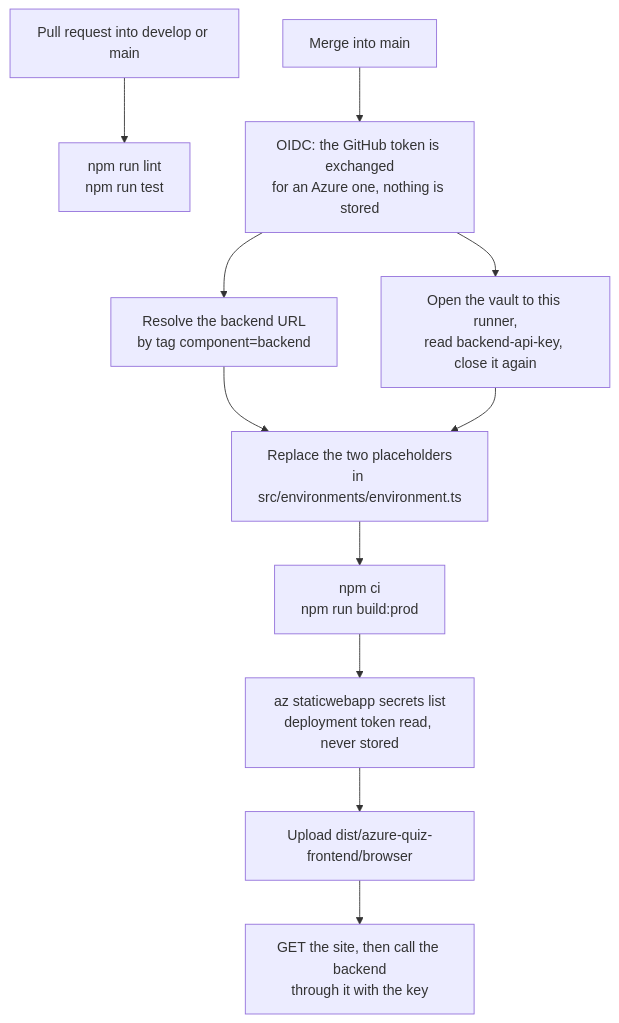
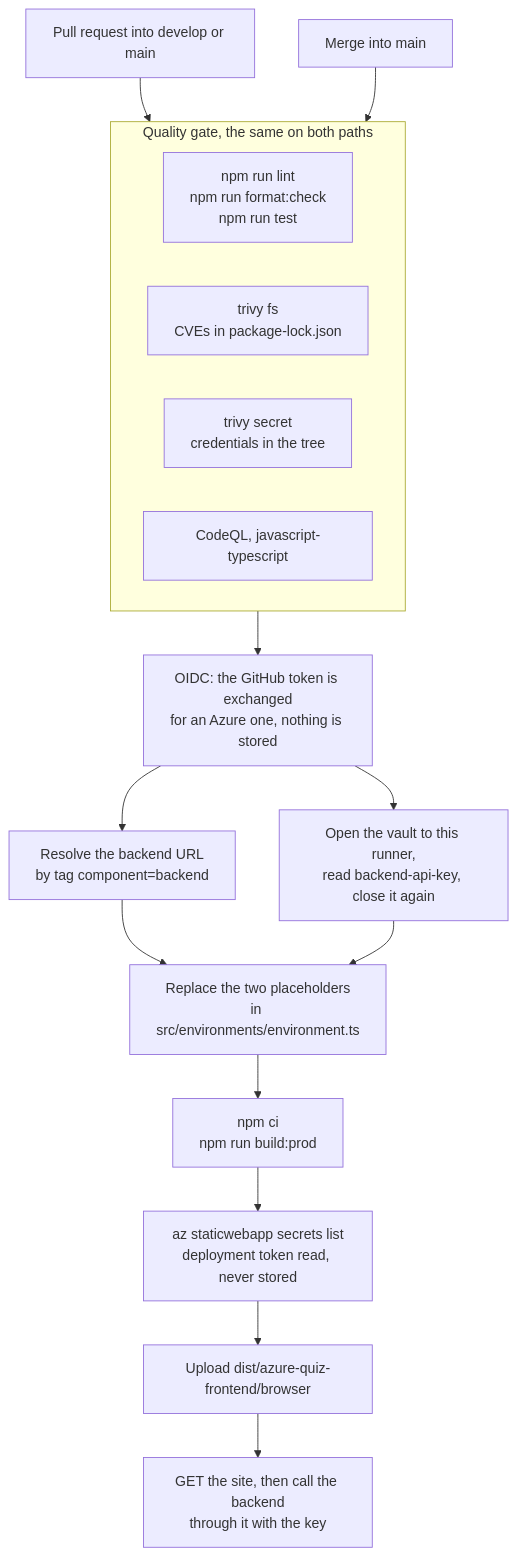
The second of 2 diagrams in docs/deployment-pipelines.md (Melvin-Simplon/capstone-quiz-infrastructure), drawn with Mermaid before and after one commit. The commit also changed other lines of this file, not shown here.

First line of the commit message:
docs: put the quality gate on the path that deploys

````diff
--- a/docs/deployment-pipelines.md
+++ b/docs/deployment-pipelines.md
@@ -34,17 +41,25 @@
 ```mermaid
 flowchart TD
-    PR["Pull request into develop or main"] --> L["npm run lint<br/>npm run test"]
+    PR["Pull request into develop or main"] --> G
+    M["Merge into main"] --> G
 
-    M["Merge into main"] --> O["OIDC: the GitHub token is exchanged<br/>for an Azure one, nothing is stored"]
+    subgraph G["Quality gate, the same on both paths"]
+        L["npm run lint<br/>npm run format:check<br/>npm run test"]
+        C["trivy fs<br/>CVEs in package-lock.json"]
+        S["trivy secret<br/>credentials in the tree"]
+        Q["CodeQL, javascript-typescript"]
+    end
+
+    G --> O["OIDC: the GitHub token is exchanged<br/>for an Azure one, nothing is stored"]
 
     O --> U["Resolve the backend URL<br/>by tag component=backend"]
     O --> K["Open the vault to this runner,<br/>read backend-api-key, close it again"]
 
     U --> R["Replace the two placeholders<br/>in src/environments/environment.ts"]
     K --> R
 
     R --> BU["npm ci<br/>npm run build:prod"]
     BU --> T["az staticwebapp secrets list<br/>deployment token read, never stored"]
     T --> D["Upload dist/azure-quiz-frontend/browser"]
     D --> H["GET the site, then call the backend<br/>through it with the key"]
 ```
````
